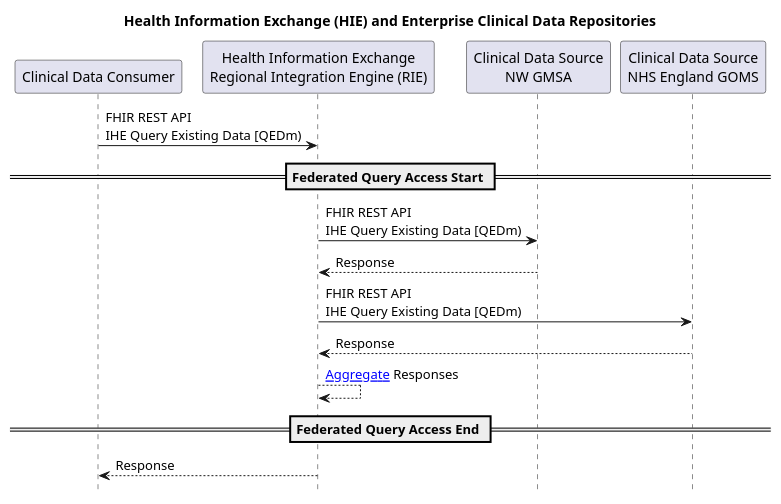
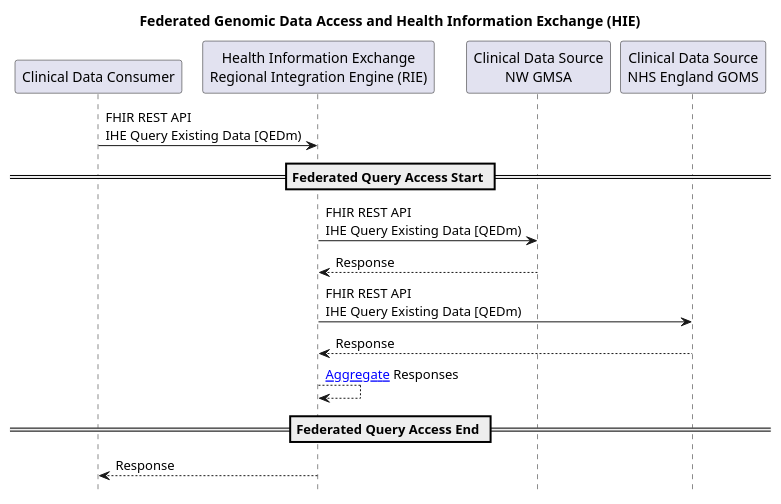
Before and after one commit to nw-gmsa/nw-gmsa.github.com: the diagram in input/images-source/HIE-QEDm-Federated-Sequence.plantuml, drawn with PlantUML. The commit also changed 1 other file, not shown here.

```diff
--- a/input/images-source/HIE-QEDm-Federated-Sequence.plantuml
+++ b/input/images-source/HIE-QEDm-Federated-Sequence.plantuml
@@ -1,31 +1,31 @@
   @startuml
 
 
-  title "Health Information Exchange (HIE) and Enterprise Clinical Data Repositories"
+  title "Federated Genomic Data Access and Health Information Exchange (HIE)"
 
   hide footbox
 
   participant "Clinical Data Consumer" as DocumentConsumer
 
   participant "Health Information Exchange\nRegional Integration Engine (RIE)" as RIE
 
   participant "Clinical Data Source\nNW GMSA" as CDR1
 
   participant "Clinical Data Source\nNHS England GOMS" as CDR2
 
   DocumentConsumer -> RIE : FHIR REST API\nIHE Query Existing Data [QEDm)
 
 == Federated Query Access Start ==
 
   RIE -> CDR1 : FHIR REST API\nIHE Query Existing Data [QEDm)
   CDR1 --> RIE: Response
 
   RIE -> CDR2 : FHIR REST API\nIHE Query Existing Data [QEDm)
   CDR2 --> RIE: Response
 
   RIE --> RIE: [[https://www.enterpriseintegrationpatterns.com/patterns/messaging/Aggregator.html Aggregate]] Responses
 == Federated Query Access End ==
 
   RIE --> DocumentConsumer: Response
 
   @enduml
```
